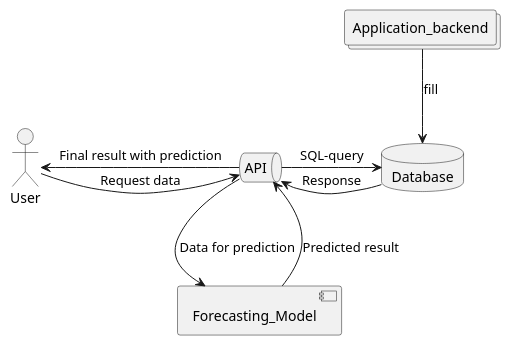
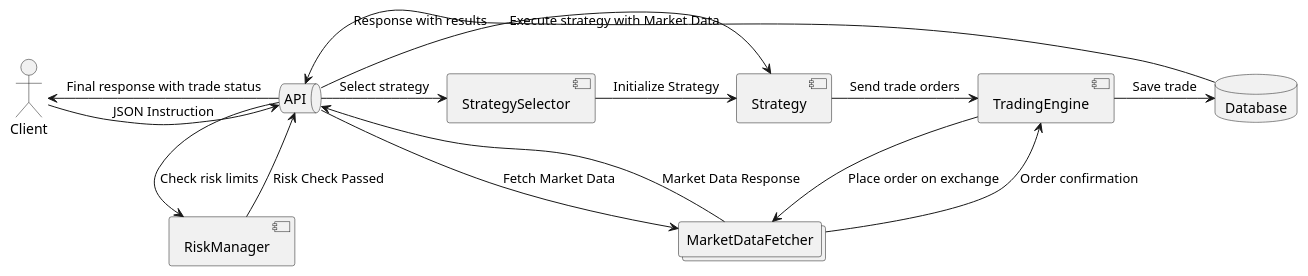
Before and after one commit to Bonartze/TradingBot: the diagram in Schemes/Interconnections.puml, drawn with PlantUML. The commit also changed 6 other files, not shown here.

```diff
--- a/Schemes/Interconnections.puml
+++ b/Schemes/Interconnections.puml
@@ -1,17 +1,31 @@
 @startuml
-actor User
+actor Client
 queue API as api
 database Database as db
-collections Application_backend as application
-component Forecasting_Model as model
+collections MarketDataFetcher as market
+component StrategySelector as selector
+component Strategy as strategy
+component RiskManager as risk
+component TradingEngine as engine
 
-application --> db : fill
-User -> api : Request data
-api -> db : SQL-query
-db -> api : Response
+Client -> api: JSON Instruction
+api -> selector: Select strategy
+selector -> strategy: Initialize Strategy
 
-api -> model: Data for prediction
-model --> api: Predicted result
+api -> market: Fetch Market Data
+market --> api: Market Data Response
 
-api -> User: Final result with prediction
+api -> risk: Check risk limits
+risk --> api: Risk Check Passed
+
+api -> strategy: Execute strategy with Market Data
+strategy -> engine: Send trade orders
+
+engine -> market: Place order on exchange
+market --> engine: Order confirmation
+
+engine -> db: Save trade
+
+db -> api: Response with results
+api -> Client: Final response with trade status
 @enduml
```
